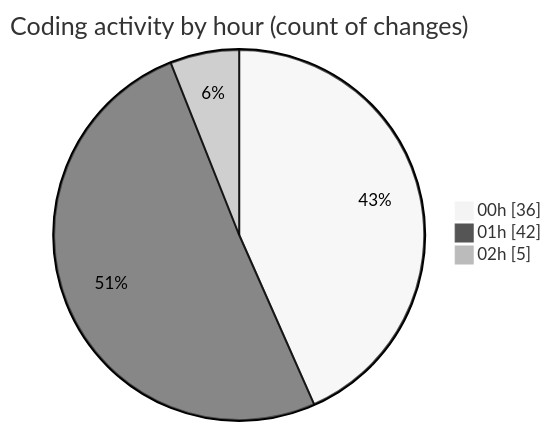
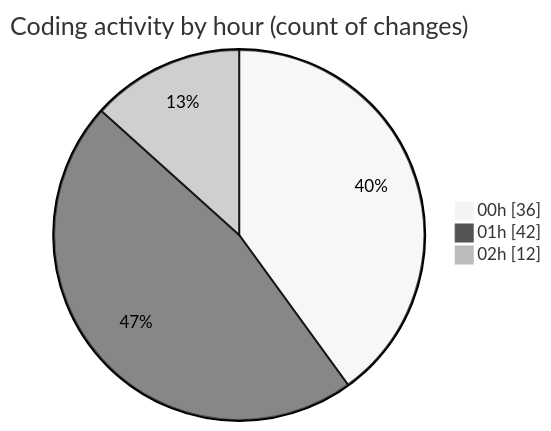
The second of 2 diagrams in 2025-05-04/houserentalservice/README.md (Ritupan-Deka/code-tracking), drawn with Mermaid (neutral theme) before and after one commit. The commit also changed other lines of this file and 1 other file, not shown here.

````diff
--- a/2025-05-04/houserentalservice/README.md
+++ b/2025-05-04/houserentalservice/README.md
@@ -64,7 +67,7 @@
 ```mermaid
 pie showData
 title Coding activity by hour (count of changes)
 "00h" : 36
 "01h" : 42
-"02h" : 5
+"02h" : 12
 ```
````
